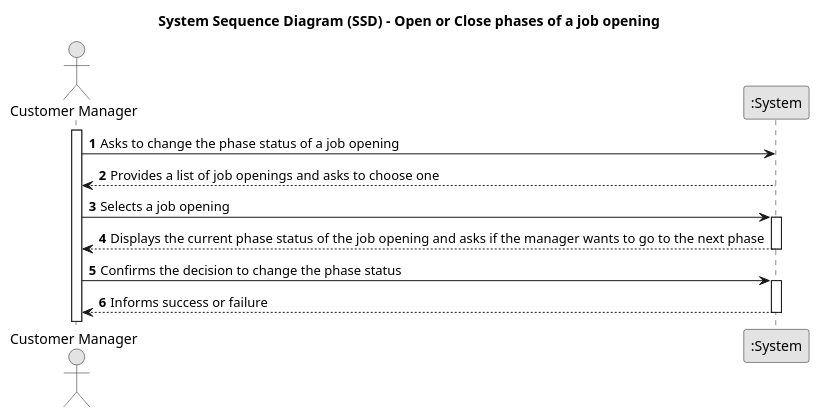
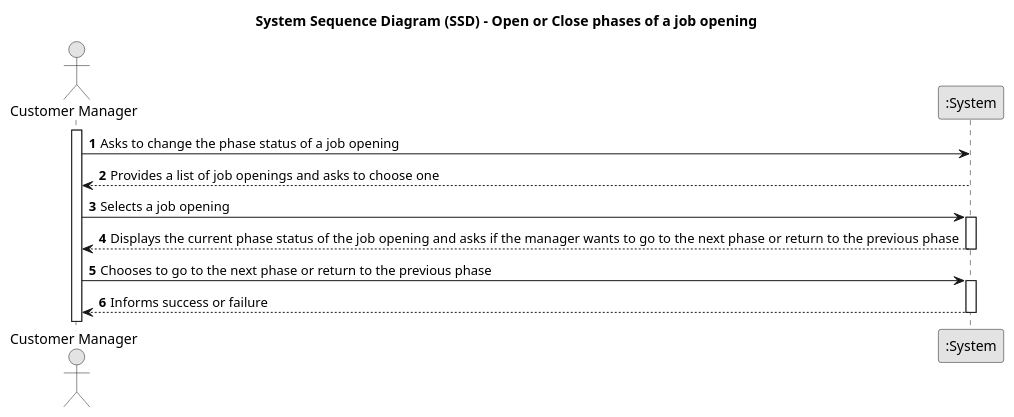
One commit to PureNimble/ISEP-LAPR4 changed the diagram in docs/sprintc/us_1010/01.requirements-engineering/puml/SSD-US1010.puml. Above: the diagram before and after it, drawn with PlantUML. The commit also changed 2 other files, not shown here.

```diff
--- a/docs/sprintc/us_1010/01.requirements-engineering/puml/SSD-US1010.puml
+++ b/docs/sprintc/us_1010/01.requirements-engineering/puml/SSD-US1010.puml
@@ -1,35 +1,35 @@
 @startuml
 skinparam monochrome true
 skinparam packageStyle rectangle
 skinparam shadowing false
 
 title System Sequence Diagram (SSD) - Open or Close phases of a job opening
 
 autonumber
 
 actor "Customer Manager" as Manager
 participant ":System" as System
 
 activate Manager
 
     Manager -> System : Asks to change the phase status of a job opening
 
         System --> Manager : Provides a list of job openings and asks to choose one
 
     deactivate System
 
     Manager -> System : Selects a job opening
     activate System
 
-        System --> Manager : Displays the current phase status of the job opening and asks if the manager wants to go to the next phase
+        System --> Manager : Displays the current phase status of the job opening and asks if the manager wants to go to the next phase or return to the previous phase
 
     deactivate System
 
-    Manager -> System : Confirms the decision to change the phase status
+    Manager -> System : Chooses to go to the next phase or return to the previous phase
     activate System
 
         System --> Manager : Informs success or failure
 
     deactivate System
 
 @enduml
```
